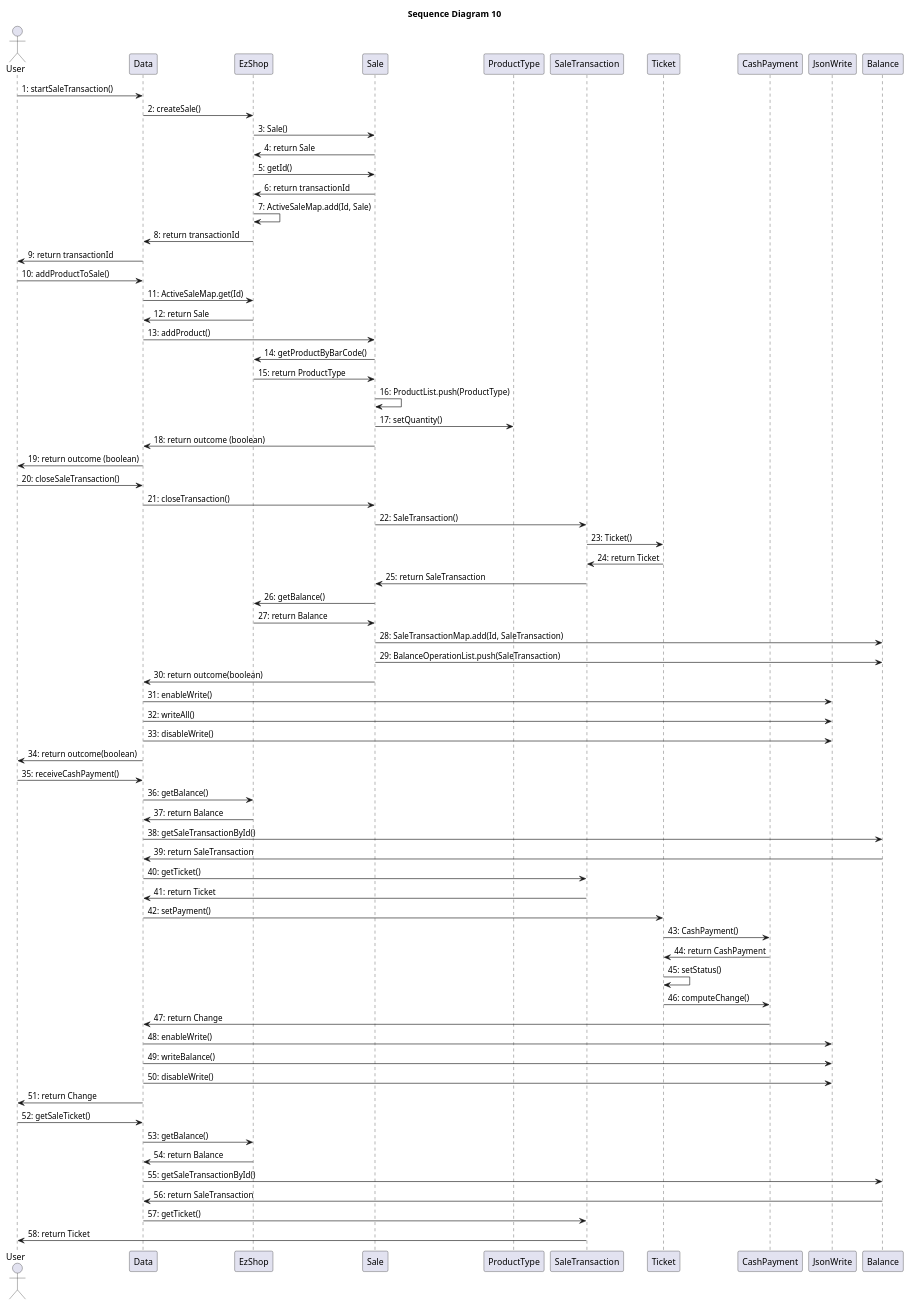
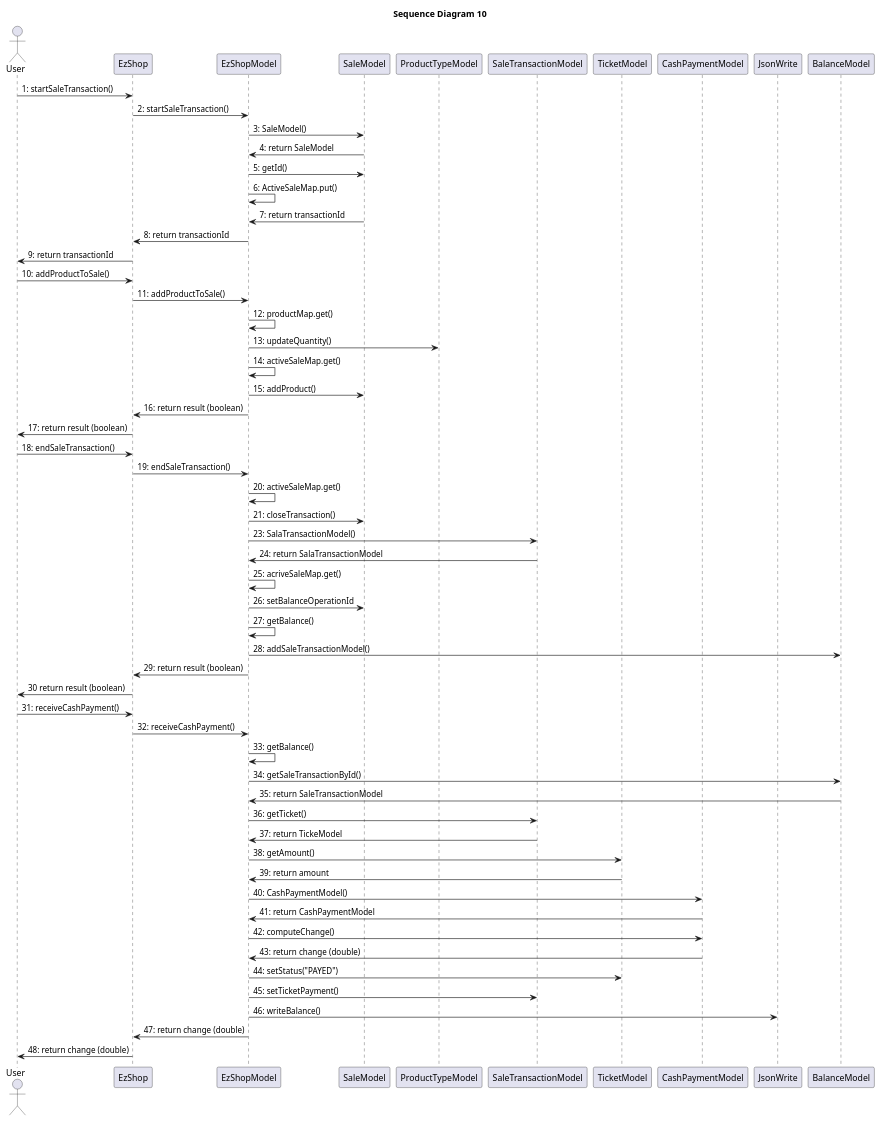
Diagram 12 of 15 in Deliverables/DesignDocument.md (paolotron/EzshoProject31), drawn with PlantUML before and after one commit.

Commit message:
updating gigamostro1

````diff
--- a/Deliverables/DesignDocument.md
+++ b/Deliverables/DesignDocument.md
@@ -579,74 +579,64 @@
 ``` plantuml
 @startuml
 title "Sequence Diagram 10"
 actor User
-participant Data
-participant EzShop
-participant Sale
-participant ProductType
-participant SaleTransaction
-participant Ticket
-participant CashPayment
+participant EzShop as E
+participant EzShopModel as EM
+participant SaleModel as S
+participant ProductTypeModel as PM
+participant SaleTransactionModel as SM
+participant TicketModel as TM
+participant CashPaymentModel AS CM
 participant JsonWrite as JW
+participant BalanceModel as B
 
-User -> Data: 1: startSaleTransaction()
-Data -> EzShop: 2: createSale()
-EzShop -> Sale: 3: Sale()
-Sale -> EzShop: 4: return Sale
-EzShop -> Sale: 5: getId()
-Sale -> EzShop: 6: return transactionId
-EzShop -> EzShop: 7: ActiveSaleMap.add(Id, Sale)
-EzShop -> Data: 8: return transactionId
-Data -> User: 9: return transactionId
-User -> Data: 10: addProductToSale()
-Data -> EzShop: 11: ActiveSaleMap.get(Id)
-EzShop -> Data: 12: return Sale
-Data -> Sale: 13: addProduct()
-Sale -> EzShop: 14: getProductByBarCode()
-EzShop -> Sale: 15: return ProductType
-Sale -> Sale: 16: ProductList.push(ProductType)
-Sale -> ProductType: 17: setQuantity()
-Sale -> Data: 18: return outcome (boolean)
-Data -> User: 19: return outcome (boolean)
-User -> Data: 20: closeSaleTransaction()
-Data -> Sale: 21: closeTransaction()
-Sale -> SaleTransaction: 22: SaleTransaction()
-SaleTransaction -> Ticket: 23: Ticket()
-Ticket -> SaleTransaction: 24: return Ticket
-SaleTransaction -> Sale: 25: return SaleTransaction
-Sale -> EzShop: 26: getBalance()
-EzShop -> Sale: 27: return Balance
-Sale -> Balance: 28: SaleTransactionMap.add(Id, SaleTransaction)
-Sale -> Balance: 29: BalanceOperationList.push(SaleTransaction)
-Sale -> Data: 30: return outcome(boolean)
-Data -> JW: 31: enableWrite()
-Data -> JW: 32: writeAll()
-Data -> JW: 33: disableWrite()
-Data -> User: 34: return outcome(boolean)
-User -> Data: 35: receiveCashPayment()
-Data -> EzShop: 36: getBalance()
-EzShop -> Data: 37: return Balance
-Data -> Balance: 38: getSaleTransactionById()
-Balance -> Data: 39: return SaleTransaction
-Data -> SaleTransaction: 40: getTicket()
-SaleTransaction -> Data: 41: return Ticket
-Data -> Ticket: 42: setPayment()
-Ticket -> CashPayment: 43: CashPayment()
-CashPayment -> Ticket: 44: return CashPayment
-Ticket -> Ticket: 45: setStatus()
-Ticket -> CashPayment: 46: computeChange()
-CashPayment -> Data: 47: return Change
-Data -> JW: 48: enableWrite()
-Data -> JW: 49: writeBalance()
-Data -> JW: 50: disableWrite()
-Data -> User: 51: return Change
-User -> Data: 52: getSaleTicket()
-Data -> EzShop: 53: getBalance()
-EzShop -> Data: 54: return Balance
-Data -> Balance: 55: getSaleTransactionById()
-Balance -> Data: 56: return SaleTransaction
-Data -> SaleTransaction: 57: getTicket()
-SaleTransaction -> User: 58: return Ticket
+User -> E: 1: startSaleTransaction()
+E -> EM: 2: startSaleTransaction()
+EM -> S: 3: SaleModel()
+S -> EM: 4: return SaleModel
+EM -> S: 5: getId()
+EM -> EM: 6: ActiveSaleMap.put()
+S -> EM: 7: return transactionId
+EM -> E: 8: return transactionId
+E -> User: 9: return transactionId
+User -> E: 10: addProductToSale()
+E -> EM: 11: addProductToSale()
+EM -> EM: 12: productMap.get()
+EM->PM: 13: updateQuantity()
+EM -> EM: 14: activeSaleMap.get()
+EM -> S: 15: addProduct()
+EM -> E: 16: return result (boolean)
+E -> User: 17: return result (boolean)
+User -> E: 18: endSaleTransaction()
+E -> EM: 19: endSaleTransaction()
+EM->EM: 20: activeSaleMap.get()
+EM -> S: 21: closeTransaction()
+EM -> SM: 23: SalaTransactionModel()
+SM -> EM: 24: return SalaTransactionModel
+EM->EM: 25: acriveSaleMap.get()
+EM->S : 26: setBalanceOperationId
+EM->EM: 27: getBalance()
+EM->B: 28: addSaleTransactionModel()
+EM->E: 29: return result (boolean)
+E->User: 30 return result (boolean)
+User -> E: 31: receiveCashPayment()
+E -> EM: 32: receiveCashPayment()
+EM -> EM: 33: getBalance()
+EM -> B: 34: getSaleTransactionById()
+B -> EM: 35: return SaleTransactionModel
+EM -> SM: 36: getTicket()
+SM -> EM: 37: return TickeModel
+EM->TM: 38: getAmount()
+TM->EM: 39: return amount
+EM -> CM: 40: CashPaymentModel()
+CM -> EM: 41: return CashPaymentModel
+EM -> CM: 42: computeChange()
+CM -> EM: 43: return change (double)
+EM->TM: 44: setStatus("PAYED")
+EM -> SM: 45: setTicketPayment()
+EM -> JW: 46: writeBalance()
+EM->E: 47: return change (double)
+E->User: 48: return change (double)
 
 @enduml
 ```
````
